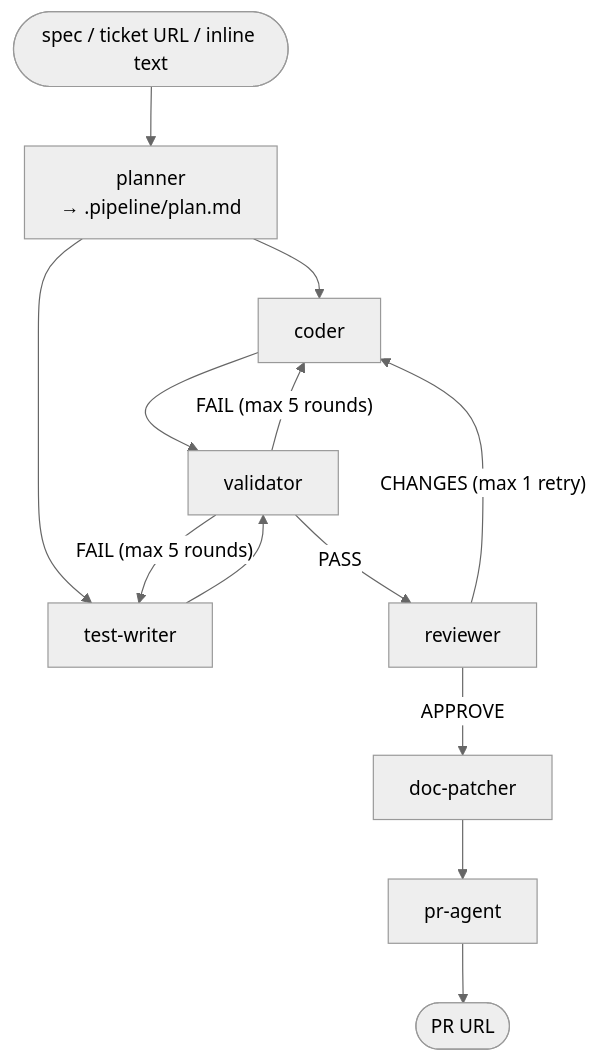
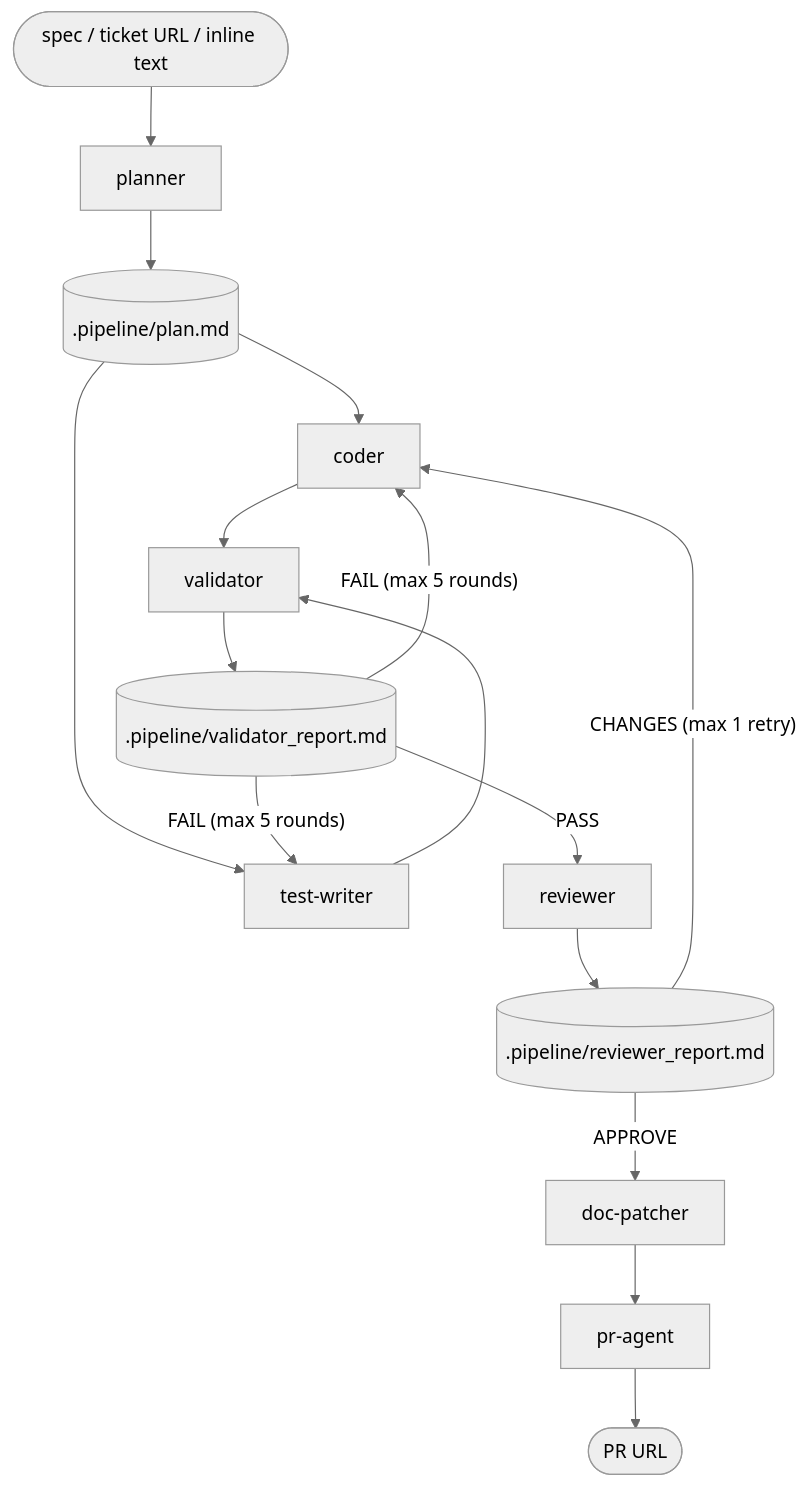
The diagram in skills/dev-pipeline/SKILL.md (wenbenz/dot-claude), drawn with Mermaid (neutral theme) before and after one commit.

Commit message:
add pipeline artifact documents as Mermaid nodes

````diff
--- a/skills/dev-pipeline/SKILL.md
+++ b/skills/dev-pipeline/SKILL.md
@@ -20,21 +20,28 @@
 ```mermaid
 flowchart TD
     input([spec / ticket URL / inline text])
-    input --> planner["planner\n→ .pipeline/plan.md"]
+    plan[(".pipeline/plan.md")]
+    vreport[(".pipeline/validator_report.md")]
+    rreport[(".pipeline/reviewer_report.md")]
 
-    planner --> coder[coder]
-    planner --> testwriter[test-writer]
+    input --> planner[planner]
+    planner --> plan
 
-    coder --> validator
+    plan --> coder[coder]
+    plan --> testwriter[test-writer]
+
+    coder --> validator[validator]
     testwriter --> validator
+    validator --> vreport
 
-    validator -->|PASS| reviewer
-    validator -->|"FAIL (max 5 rounds)"| coder
-    validator -->|"FAIL (max 5 rounds)"| testwriter
+    vreport -->|"FAIL (max 5 rounds)"| coder
+    vreport -->|"FAIL (max 5 rounds)"| testwriter
+    vreport -->|PASS| reviewer[reviewer]
+    reviewer --> rreport
 
-    reviewer -->|APPROVE| docpatcher[doc-patcher]
-    reviewer -->|"CHANGES (max 1 retry)"| coder
+    rreport -->|APPROVE| docpatcher[doc-patcher]
+    rreport -->|"CHANGES (max 1 retry)"| coder
 
     docpatcher --> pragent[pr-agent]
     pragent --> pr([PR URL])
 ```
````
